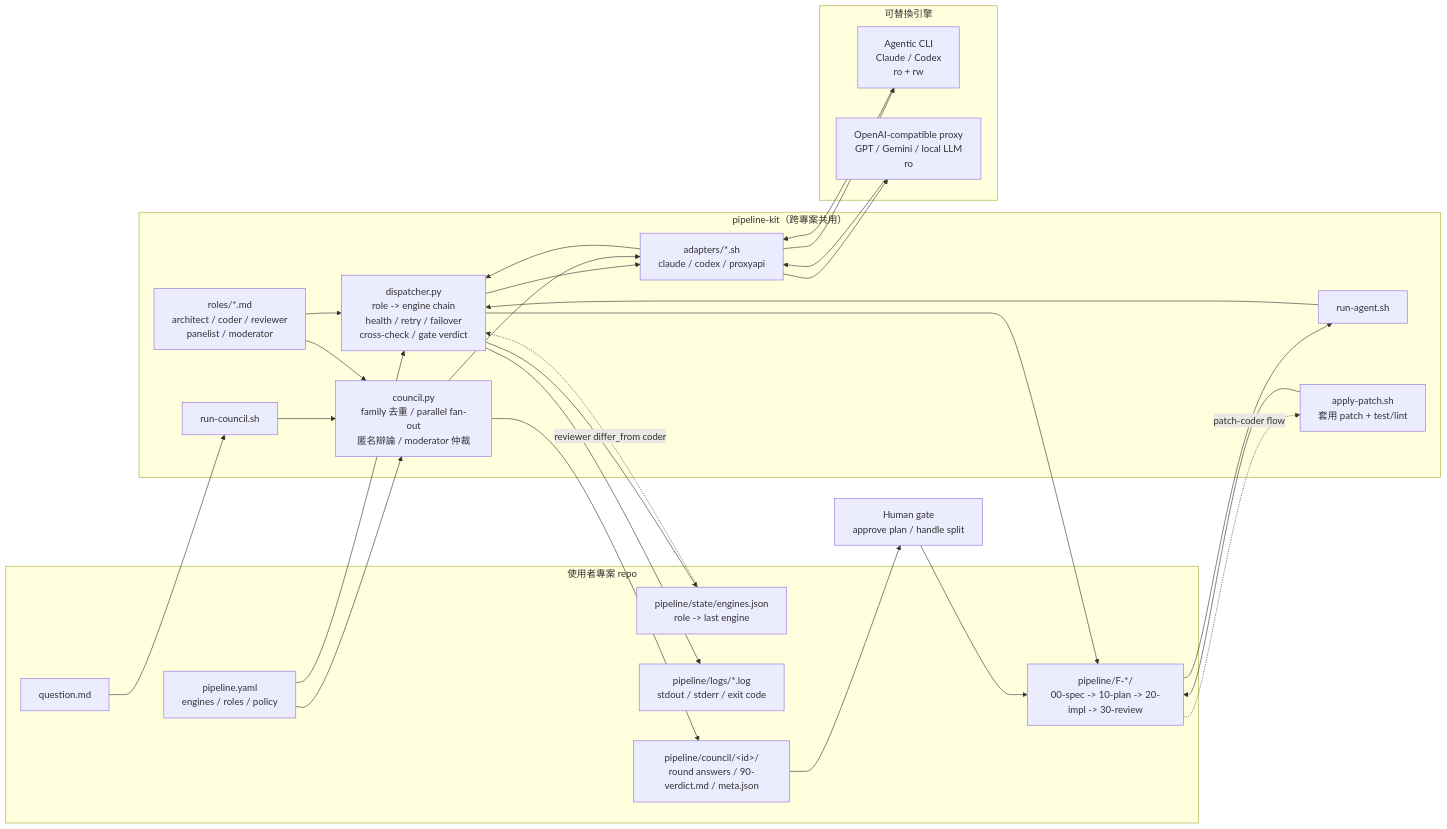
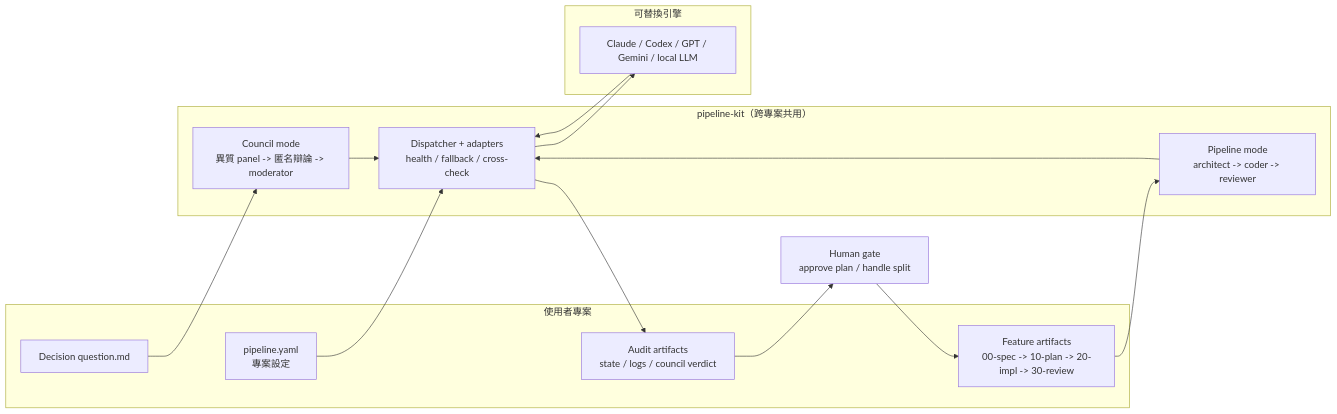
One commit to ed100084/multiagent changed the diagram in pipeline-kit/README.md. Above: the diagram before and after it, drawn with Mermaid. The commit also changed other lines of this file, not shown here.

Commit message:
docs: simplify architecture overview

````diff
--- a/pipeline-kit/README.md
+++ b/pipeline-kit/README.md
@@ -8,48 +8,30 @@
 ```mermaid
 flowchart LR
-  subgraph PROJECT["使用者專案 repo"]
-    CONFIG["pipeline.yaml<br/>engines / roles / policy"]
-    FEATURE["pipeline/F-*/<br/>00-spec -> 10-plan -> 20-impl -> 30-review"]
-    STATE["pipeline/state/engines.json<br/>role -> last engine"]
-    LOGS["pipeline/logs/*.log<br/>stdout / stderr / exit code"]
-    QUESTION["question.md"]
-    COUNCIL_OUT["pipeline/council/&lt;id&gt;/<br/>round answers / 90-verdict.md / meta.json"]
+  subgraph PROJECT["使用者專案"]
+    CONFIG["pipeline.yaml<br/>專案設定"]
+    FEATURE["Feature artifacts<br/>00-spec -> 10-plan -> 20-impl -> 30-review"]
+    QUESTION["Decision question.md"]
+    AUDIT["Audit artifacts<br/>state / logs / council verdict"]
   end
 
   subgraph KIT["pipeline-kit（跨專案共用）"]
-    RUN_AGENT["run-agent.sh"] --> DISPATCHER["dispatcher.py<br/>role -> engine chain<br/>health / retry / failover<br/>cross-check / gate verdict"]
-    RUN_COUNCIL["run-council.sh"] --> COUNCIL["council.py<br/>family 去重 / parallel fan-out<br/>匿名辯論 / moderator 仲裁"]
-    APPLY_PATCH["apply-patch.sh<br/>套用 patch + test/lint"]
-    ROLES["roles/*.md<br/>architect / coder / reviewer<br/>panelist / moderator"]
-    ADAPTERS["adapters/*.sh<br/>claude / codex / proxyapi"]
+    PIPELINE["Pipeline mode<br/>architect -> coder -> reviewer"]
+    COUNCIL["Council mode<br/>異質 panel -> 匿名辯論 -> moderator"]
+    ROUTER["Dispatcher + adapters<br/>health / fallback / cross-check"]
   end
 
   subgraph ENGINES["可替換引擎"]
-    AGENTIC["Agentic CLI<br/>Claude / Codex<br/>ro + rw"]
-    PROXY["OpenAI-compatible proxy<br/>GPT / Gemini / local LLM<br/>ro"]
+    MODELS["Claude / Codex / GPT / Gemini / local LLM"]
   end
 
-  FEATURE --> RUN_AGENT
-  CONFIG --> DISPATCHER
-  ROLES --> DISPATCHER
-  DISPATCHER --> ADAPTERS
-  ADAPTERS --> AGENTIC
-  ADAPTERS --> PROXY
-  AGENTIC --> ADAPTERS
-  PROXY --> ADAPTERS
-  ADAPTERS --> DISPATCHER
-  DISPATCHER --> FEATURE
-  DISPATCHER --> STATE
-  DISPATCHER --> LOGS
-  STATE -. "reviewer differ_from coder" .-> DISPATCHER
-  FEATURE -. "patch-coder flow" .-> APPLY_PATCH
-  APPLY_PATCH --> FEATURE
-
-  QUESTION --> RUN_COUNCIL
-  CONFIG --> COUNCIL
-  ROLES --> COUNCIL
-  COUNCIL --> ADAPTERS
-  COUNCIL --> COUNCIL_OUT
-  COUNCIL_OUT --> HUMAN["Human gate<br/>approve plan / handle split"]
+  CONFIG --> ROUTER
+  FEATURE --> PIPELINE
+  QUESTION --> COUNCIL
+  PIPELINE --> ROUTER
+  COUNCIL --> ROUTER
+  ROUTER --> MODELS
+  MODELS --> ROUTER
+  ROUTER --> AUDIT
+  AUDIT --> HUMAN["Human gate<br/>approve plan / handle split"]
   HUMAN --> FEATURE
 ```
````
